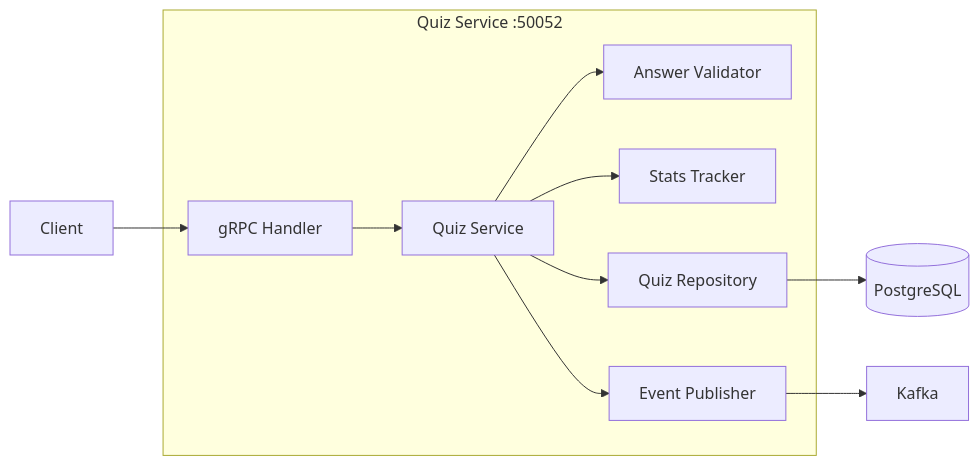
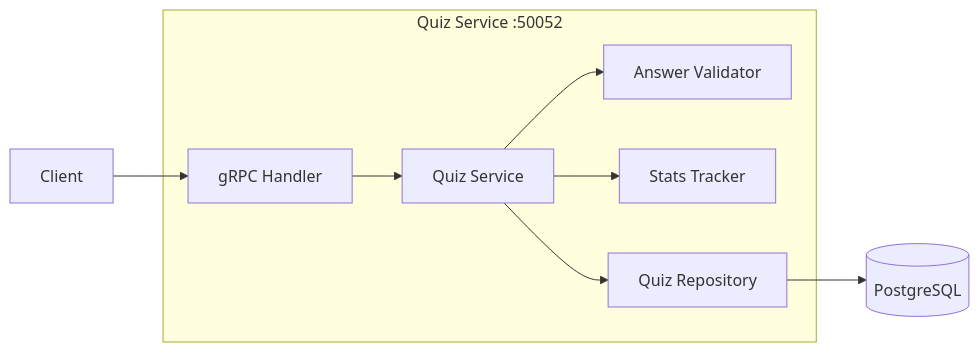
Before and after one commit to vanillaturtlechips/pawfiler4: the second of 9 diagrams in ARCHITECTURE.md, drawn with Mermaid. The commit also changed other lines of this file and 3 other files, not shown here.

````diff
--- a/ARCHITECTURE.md
+++ b/ARCHITECTURE.md
@@ -64,20 +53,17 @@
 ```mermaid
 graph LR
     subgraph "Quiz Service :50052"
         QH[gRPC Handler]
         QS[Quiz Service]
         QV[Answer Validator]
         QST[Stats Tracker]
-        QEP[Event Publisher]
         QR[Quiz Repository]
     end
     
     Client[Client] --> QH
     QH --> QS
     QS --> QV
     QS --> QST
     QS --> QR
-    QS --> QEP
     QR --> DB[(PostgreSQL)]
-    QEP --> K[Kafka]
 ```
````
